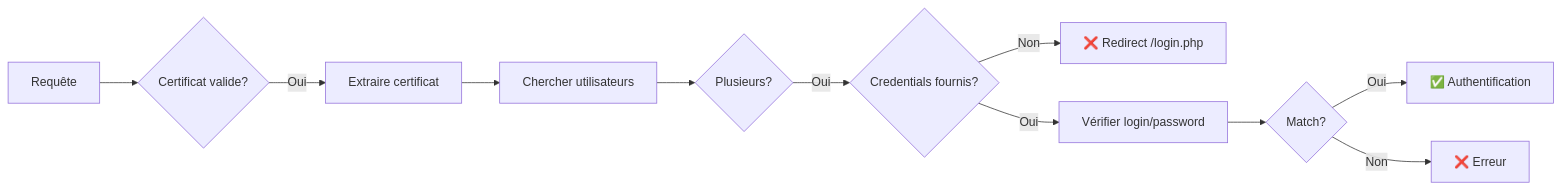
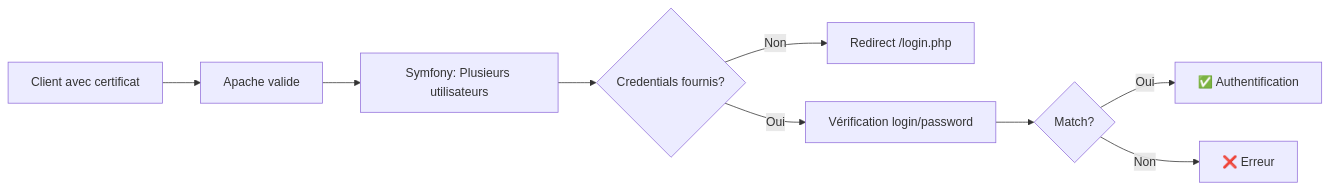
One commit to libriciel/s2low changed the second of 3 diagrams in docs/AUTHENTICATION.md. Above: the diagram before and after it, drawn with Mermaid. The commit also changed other lines of this file, not shown here.

````diff
--- a/docs/AUTHENTICATION.md
+++ b/docs/AUTHENTICATION.md
@@ -114,13 +249,11 @@
 ```mermaid
 graph LR
-    A[Requête] --> B{Certificat valide?}
-    B -->|Oui| C[Extraire certificat]
-    C --> D[Chercher utilisateurs]
-    D --> E{Plusieurs?}
-    E -->|Oui| F{Credentials fournis?}
-    F -->|Non| G[❌ Redirect /login.php]
-    F -->|Oui| H[Vérifier login/password]
-    H --> I{Match?}
-    I -->|Oui| J[✅ Authentification]
-    I -->|Non| K[❌ Erreur]
+    A[Client avec certificat] --> B[Apache valide]
+    B --> C[Symfony: Plusieurs utilisateurs]
+    C --> D{Credentials fournis?}
+    D -->|Non| E[Redirect /login.php]
+    D -->|Oui| F[Vérification login/password]
+    F --> G{Match?}
+    G -->|Oui| H[✅ Authentification]
+    G -->|Non| I[❌ Erreur]
 ```
````
